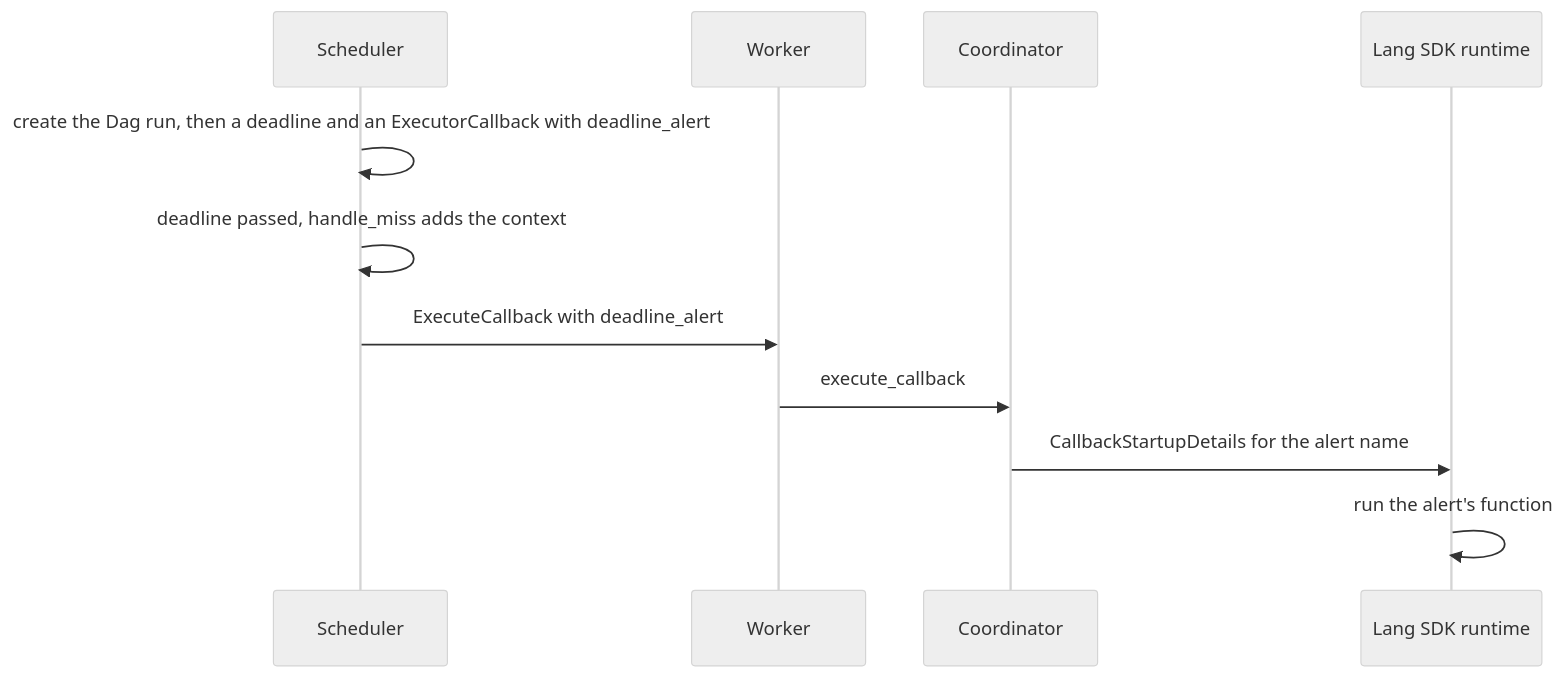
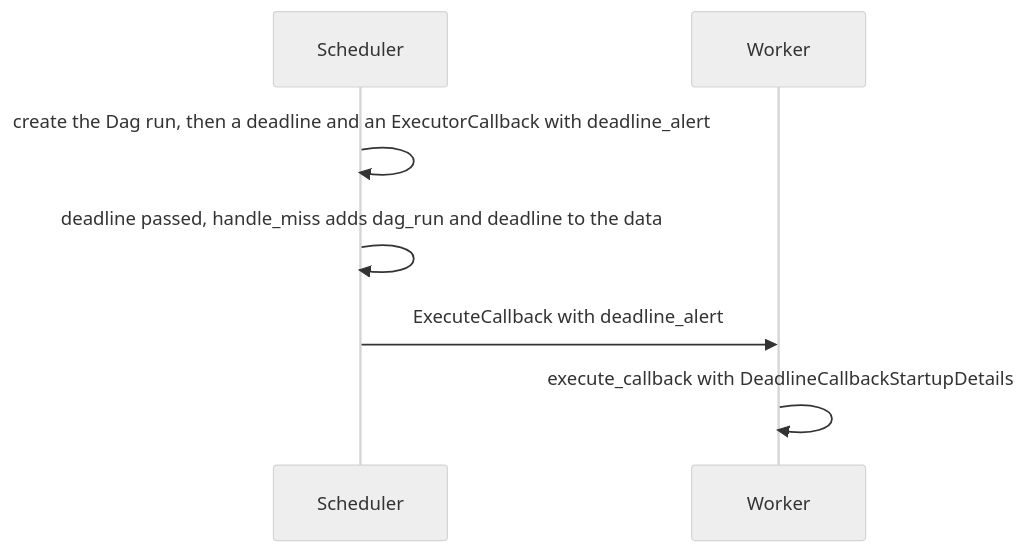
One commit to jason810496/airflow changed the fourth of 4 diagrams in airflow-core/adr/lang-sdk/0020-callbacks-deadline-alerts-and-listeners-across-lang-sdks.md. Above: the diagram before and after it, drawn with Mermaid (neutral theme). The commit also changed other lines of this file and 3 other files, not shown here.

Commit message:
Add callback schemas, task emails and code links to callback ADRs

````diff
--- a/airflow-core/adr/lang-sdk/0020-callbacks-deadline-alerts-and-listeners-across-lang-sdks.md
+++ b/airflow-core/adr/lang-sdk/0020-callbacks-deadline-alerts-and-listeners-across-lang-sdks.md
@@ -169,13 +281,9 @@
 ```mermaid
 sequenceDiagram
     participant SCH as Scheduler
     participant WK as Worker
-    participant CO as Coordinator
-    participant RT as Lang SDK runtime
     SCH->>SCH: create the Dag run, then a deadline and an ExecutorCallback with deadline_alert
-    SCH->>SCH: deadline passed, handle_miss adds the context
+    SCH->>SCH: deadline passed, handle_miss adds dag_run and deadline to the data
     SCH->>WK: ExecuteCallback with deadline_alert
-    WK->>CO: execute_callback
-    CO->>RT: CallbackStartupDetails for the alert name
-    RT->>RT: run the alert's function
+    WK->>WK: execute_callback with DeadlineCallbackStartupDetails
 ```
````
